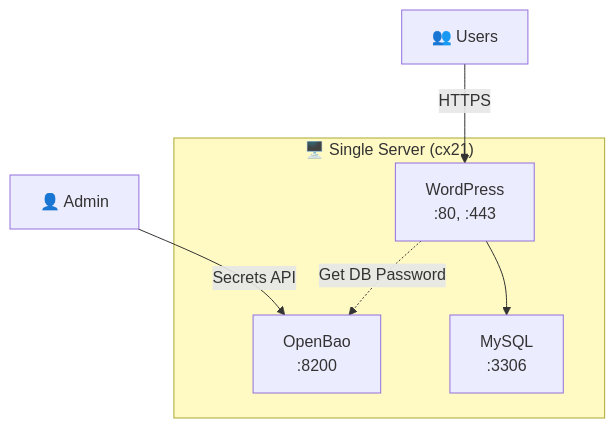
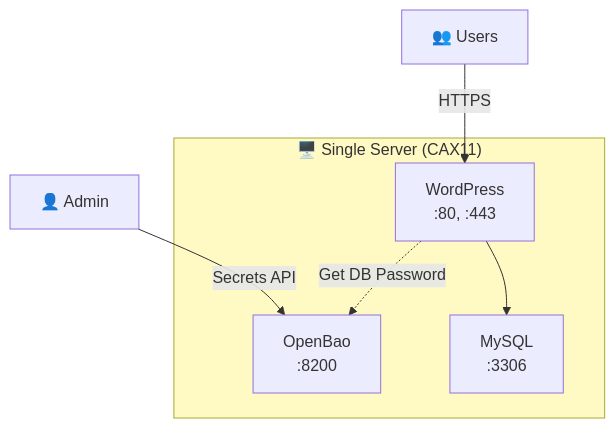
One commit to malpanez/hetzner-secure-infrastructure changed the third of 3 diagrams in docs/infrastructure/OPENBAO_DEPLOYMENT.md. Above: the diagram before and after it, drawn with Mermaid. The commit also changed other lines of this file and 38 other files, not shown here.

````diff
--- a/docs/infrastructure/OPENBAO_DEPLOYMENT.md
+++ b/docs/infrastructure/OPENBAO_DEPLOYMENT.md
@@ -445,15 +444,15 @@
 ```mermaid
 graph TB
-    subgraph server["🖥️ Single Server (cx21)"]
+    subgraph server["🖥️ Single Server (CAX11)"]
         wordpress["WordPress<br/>:80, :443"]
         openbao["OpenBao<br/>:8200"]
         mysql["MySQL<br/>:3306"]
     end
 
     users["👥 Users"] -->|HTTPS| wordpress
     admin["👤 Admin"] -->|Secrets API| openbao
     wordpress -.->|Get DB Password| openbao
     wordpress --> mysql
 
     style server fill:#fff9c4
 ```
````
